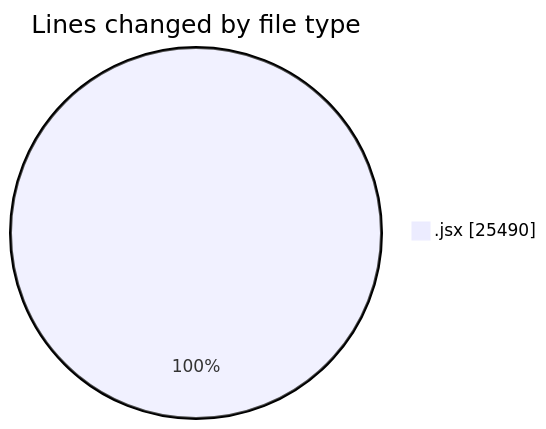
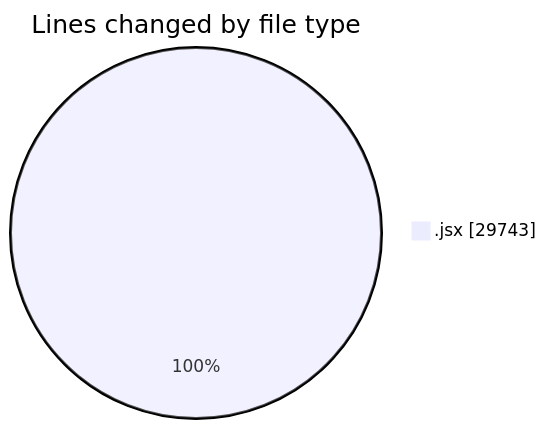
The first of 2 diagrams in 2025-09-29/nxtqube_webapp/README.md (nxtqubesakshisongat/code-tracking), drawn with Mermaid before and after one commit. The commit also changed other lines of this file and 1 other file, not shown here.

````diff
--- a/2025-09-29/nxtqube_webapp/README.md
+++ b/2025-09-29/nxtqube_webapp/README.md
@@ -20,5 +20,5 @@
 ```mermaid
 pie showData
 title Lines changed by file type
-".jsx" : 25490
+".jsx" : 29743
 ```
````
